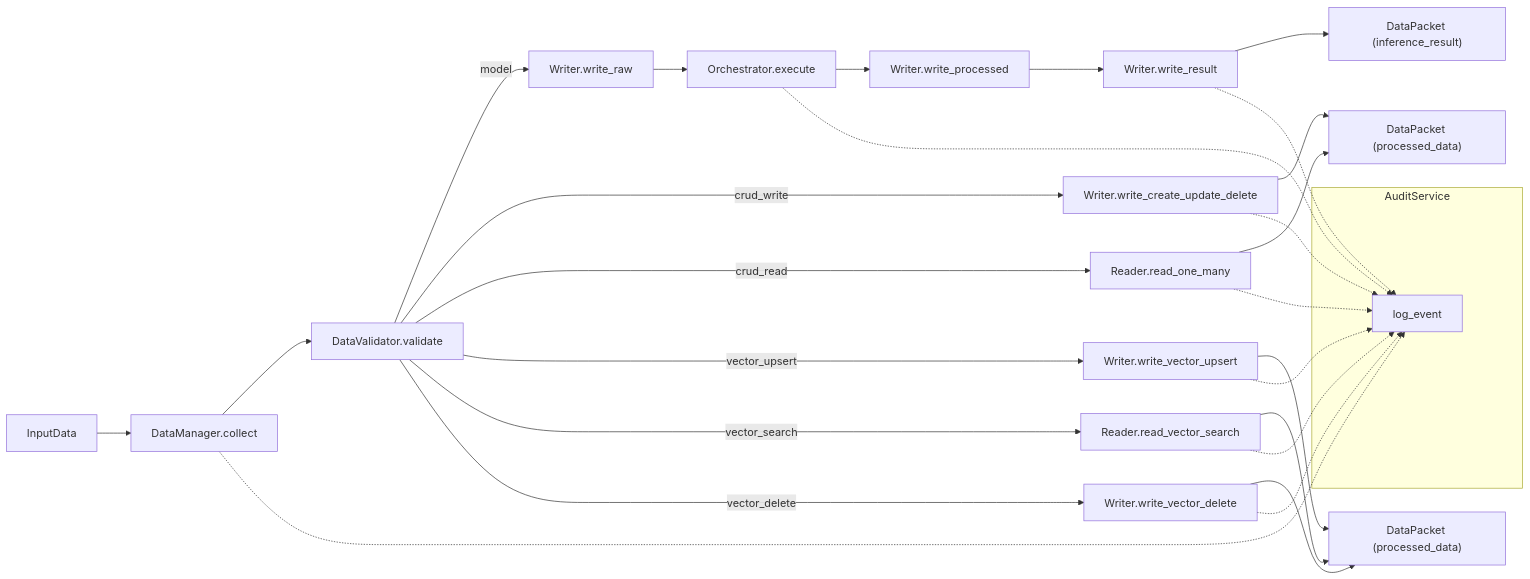
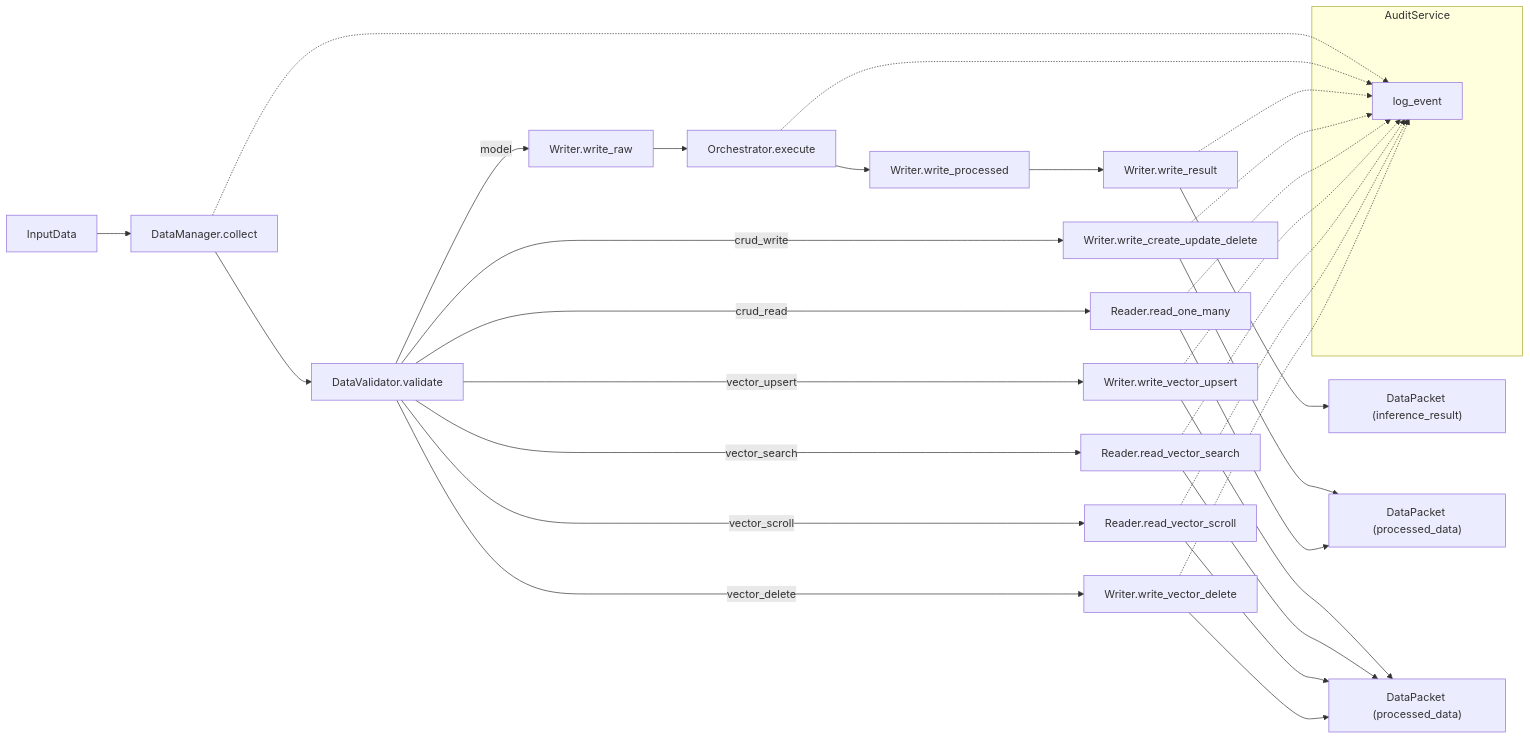
One commit to ianuacare/ianua-library changed the diagram in docs/architecture.md. Above: the diagram before and after it, drawn with Mermaid. The commit also changed other lines of this file and 4 other files, not shown here.

First line of the commit message:
docs: document run_vector scroll and Qdrant listing

````diff
--- a/docs/architecture.md
+++ b/docs/architecture.md
@@ -13,39 +13,43 @@
 ```mermaid
 flowchart LR
     inputData[InputData] --> collectStep[DataManager.collect]
     collectStep --> validateStep[DataValidator.validate]
 
     validateStep -->|model| writeRaw[Writer.write_raw]
     writeRaw --> executeStep[Orchestrator.execute]
     executeStep --> writeProcessed[Writer.write_processed]
     writeProcessed --> writeResult[Writer.write_result]
     writeResult --> modelResult["DataPacket (inference_result)"]
 
     validateStep -->|crud_write| crudWrite[Writer.write_create_update_delete]
     crudWrite --> crudResult["DataPacket (processed_data)"]
 
     validateStep -->|crud_read| crudRead[Reader.read_one_many]
     crudRead --> crudResult
 
     validateStep -->|vector_upsert| vecUpsert[Writer.write_vector_upsert]
     vecUpsert --> vecResult["DataPacket (processed_data)"]
 
     validateStep -->|vector_search| vecSearch[Reader.read_vector_search]
     vecSearch --> vecResult
 
+    validateStep -->|vector_scroll| vecScroll[Reader.read_vector_scroll]
+    vecScroll --> vecResult
+
     validateStep -->|vector_delete| vecDelete[Writer.write_vector_delete]
     vecDelete --> vecResult
 
     subgraph audit [AuditService]
         logEvent[log_event]
     end
 
     collectStep -.-> logEvent
     executeStep -.-> logEvent
     writeResult -.-> logEvent
     crudWrite -.-> logEvent
     crudRead -.-> logEvent
     vecUpsert -.-> logEvent
     vecSearch -.-> logEvent
+    vecScroll -.-> logEvent
     vecDelete -.-> logEvent
 ```
````
